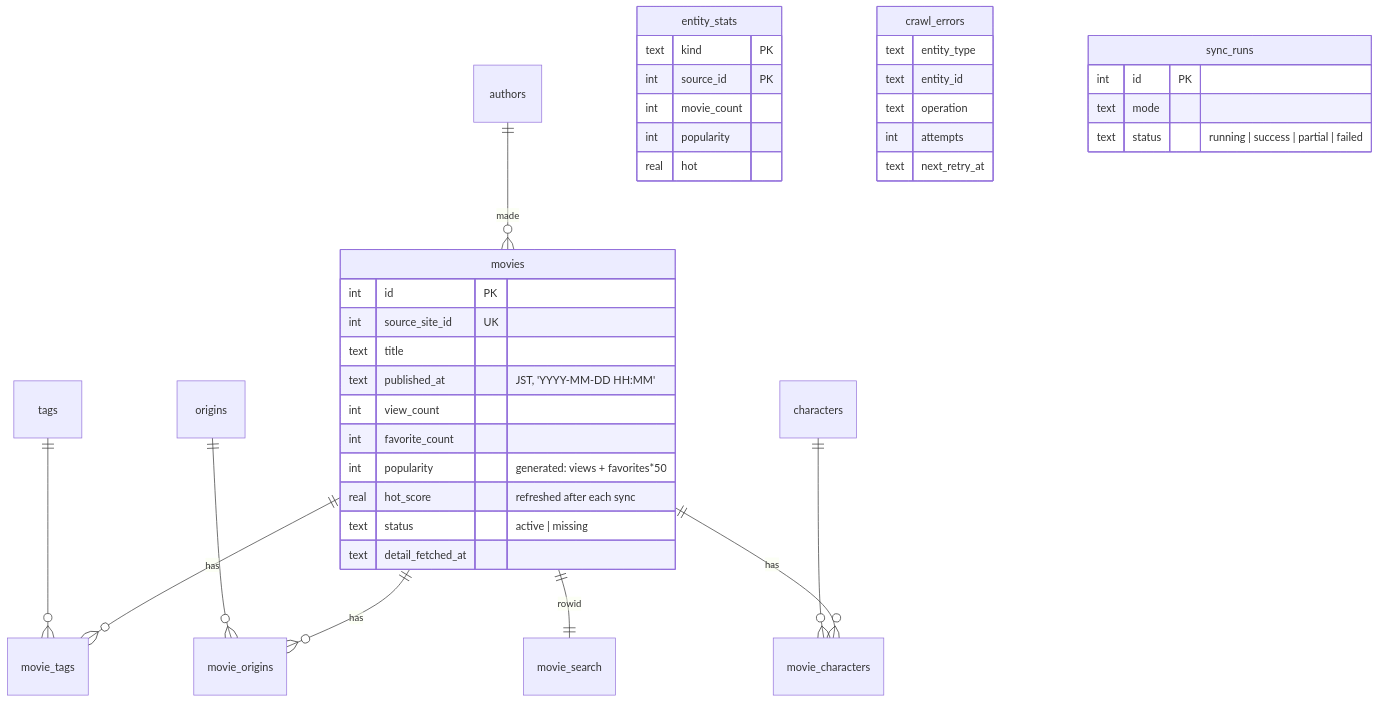
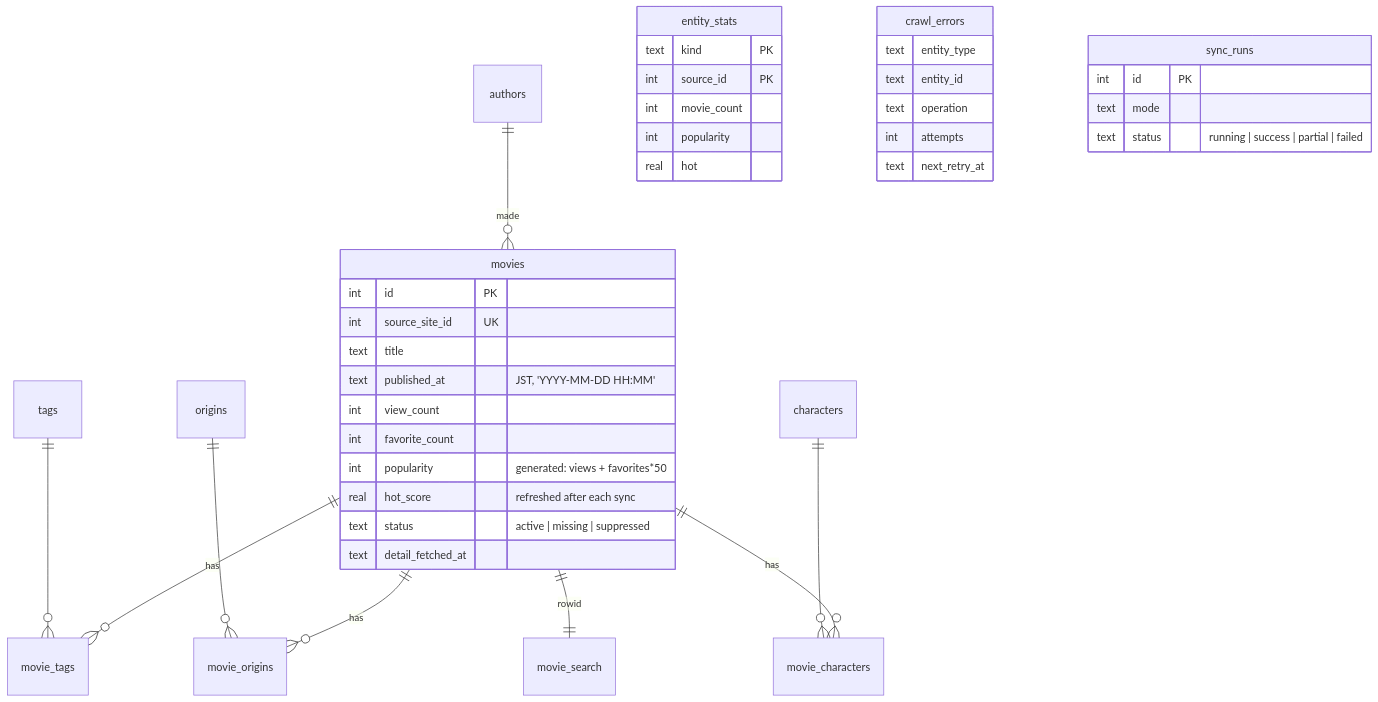
Before and after one commit to beautifulrem/iwara-search: the second of 2 diagrams in docs/architecture.md, drawn with Mermaid. The commit also changed other lines of this file and 17 other files, not shown here.

Commit message:
docs,assets: publish 200k before/after benchmarks, refreshed screenshots, and Schema v5 docs

````diff
--- a/docs/architecture.md
+++ b/docs/architecture.md
@@ -48,42 +48,42 @@
 ```mermaid
 erDiagram
     movies ||--o{ movie_tags : has
     movies ||--o{ movie_origins : has
     movies ||--o{ movie_characters : has
     authors ||--o{ movies : made
     tags ||--o{ movie_tags : ""
     origins ||--o{ movie_origins : ""
     characters ||--o{ movie_characters : ""
     movies ||--|| movie_search : "rowid"
     movies {
         int id PK
         int source_site_id UK
         text title
         text published_at "JST, 'YYYY-MM-DD HH:MM'"
         int view_count
         int favorite_count
         int popularity "generated: views + favorites*50"
         real hot_score "refreshed after each sync"
-        text status "active | missing"
+        text status "active | missing | suppressed"
         text detail_fetched_at
     }
     entity_stats {
         text kind PK
         int source_id PK
         int movie_count
         int popularity
         real hot
     }
     crawl_errors {
         text entity_type
         text entity_id
         text operation
         int attempts
         text next_retry_at
     }
     sync_runs {
         int id PK
         text mode
         text status "running | success | partial | failed"
     }
 ```
````
